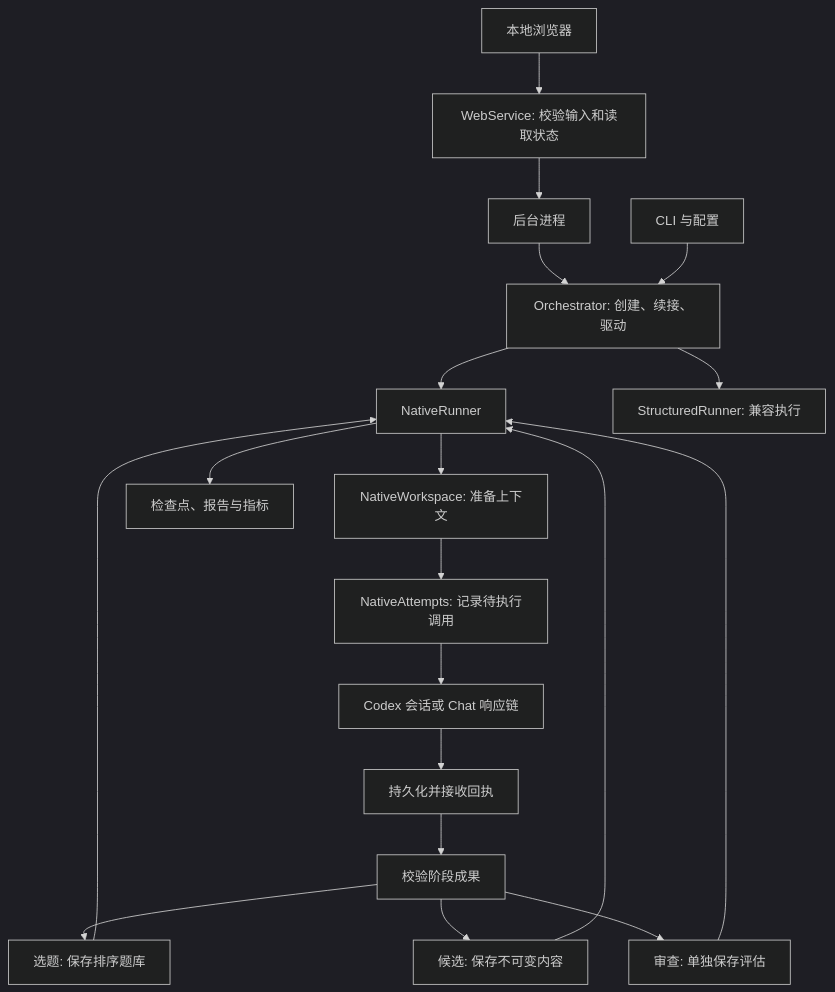
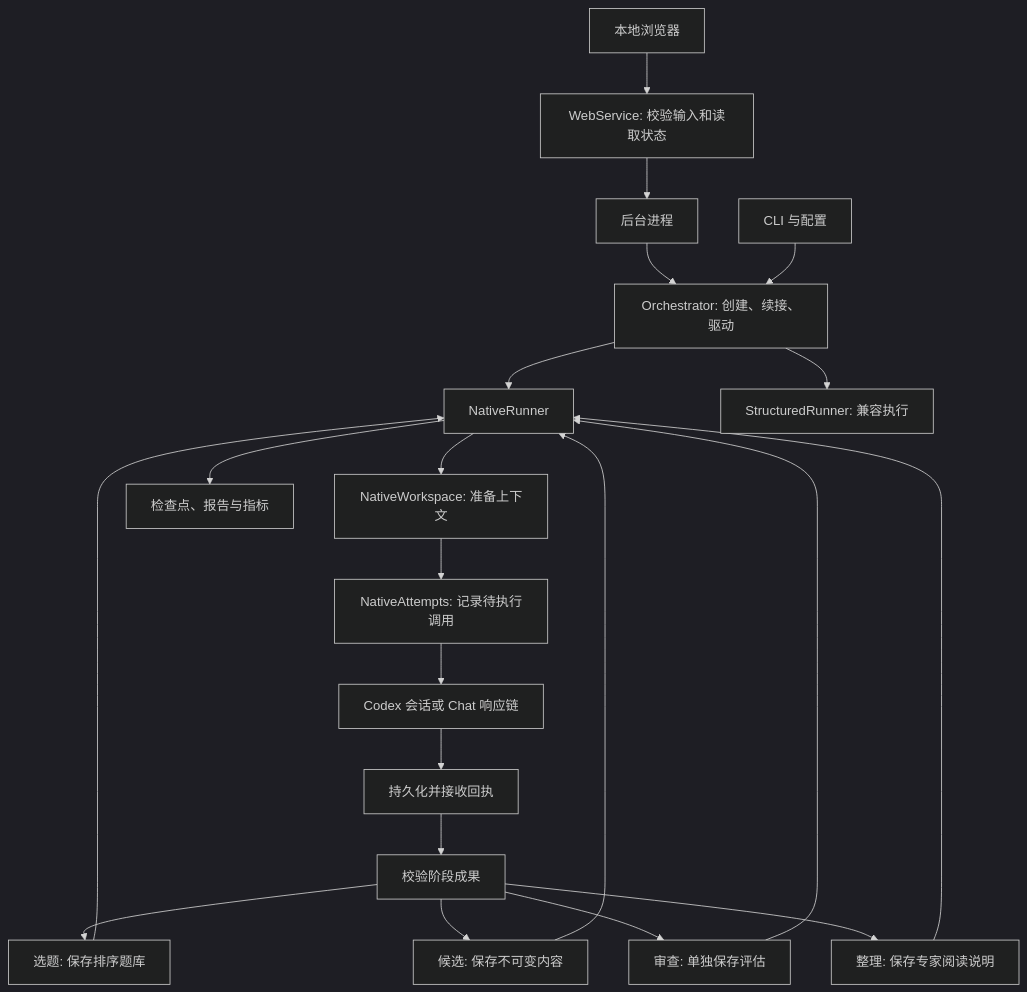
The diagram in docs/architecture.cn.md (intern233/MathLottery), drawn with Mermaid (dark theme) before and after one commit. The commit also changed other lines of this file and 91 other files, not shown here.

````diff
--- a/docs/architecture.cn.md
+++ b/docs/architecture.cn.md
@@ -51,21 +57,23 @@
 ```mermaid
 flowchart TD
     Browser[本地浏览器] --> Web[WebService: 校验输入和读取状态]
     Web --> Worker[后台进程]
     Worker --> Engine
     CLI[CLI 与配置] --> Engine[Orchestrator: 创建、续接、驱动]
     Engine --> Native[NativeRunner]
     Engine --> Legacy[StructuredRunner: 兼容执行]
     Native --> Workspace[NativeWorkspace: 准备上下文]
     Workspace --> Journal[NativeAttempts: 记录待执行调用]
     Journal --> Backend[Codex 会话或 Chat 响应链]
     Backend --> Receipt[持久化并接收回执]
     Receipt --> Milestone[校验阶段成果]
     Milestone --> Find[选题: 保存排序题库]
     Milestone --> Solve[候选: 保存不可变内容]
     Milestone --> Review[审查: 单独保存评估]
+    Milestone --> Organize[整理: 保存专家阅读说明]
     Find --> Native
     Solve --> Native
     Review --> Native
+    Organize --> Native
     Native --> Report[检查点、报告与指标]
 ```
````
